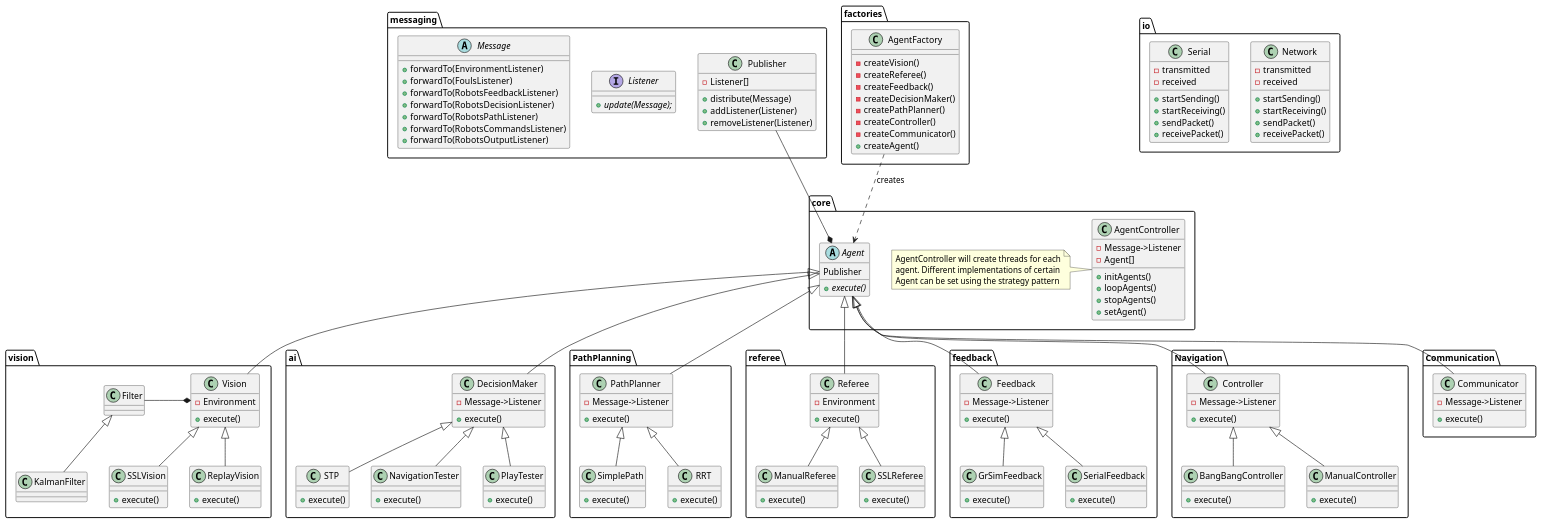
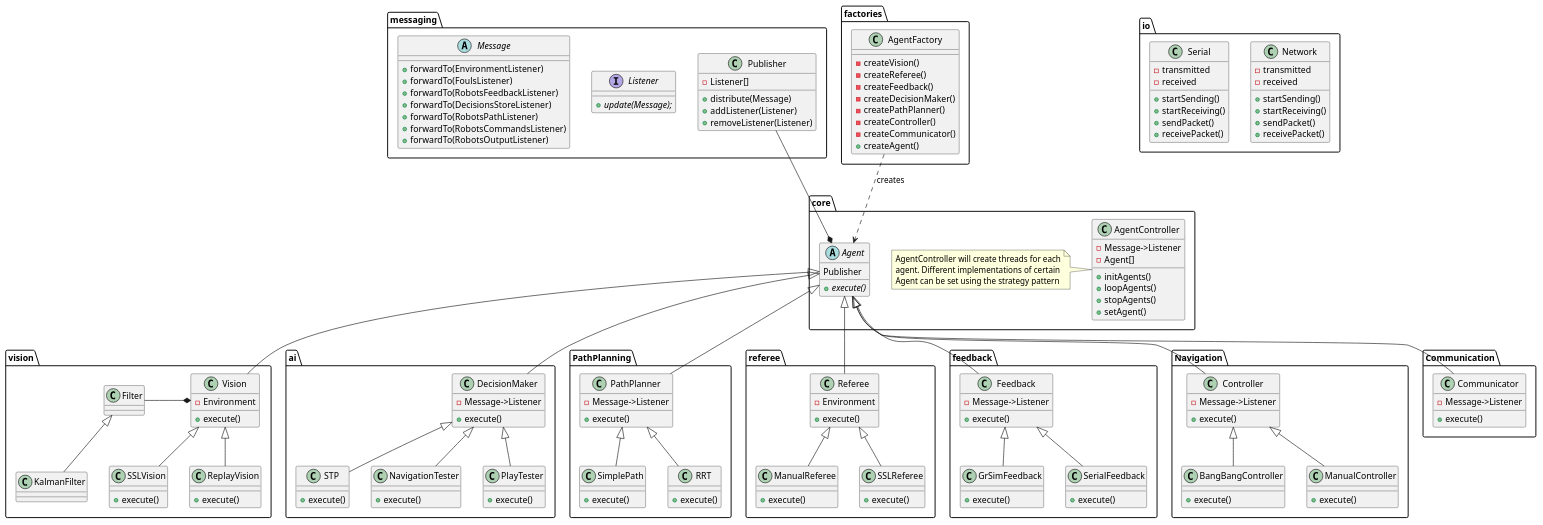
The diagram in docs/GeneralClassesDescription.puml (roboime/Phoenixpp), drawn with PlantUML before and after one commit. The commit also changed 26 other files, not shown here.

Commit message:
Adicionando STPs para uma skill rolha do atacante ir ate a bola. Falta implementar a lógica de como a SSM irá transicionar de estado em estado e também como a decisionStore será passada para dentro das skills.

```diff
--- a/docs/GeneralClassesDescription.puml
+++ b/docs/GeneralClassesDescription.puml
@@ -139,7 +139,7 @@
     +forwardTo(EnvironmentListener)
     +forwardTo(FoulsListener)
     +forwardTo(RobotsFeedbackListener)
-    +forwardTo(RobotsDecisionListener)
+    +forwardTo(DecisionsStoreListener)
     +forwardTo(RobotsPathListener)
     +forwardTo(RobotsCommandsListener)
     +forwardTo(RobotsOutputListener)
```
